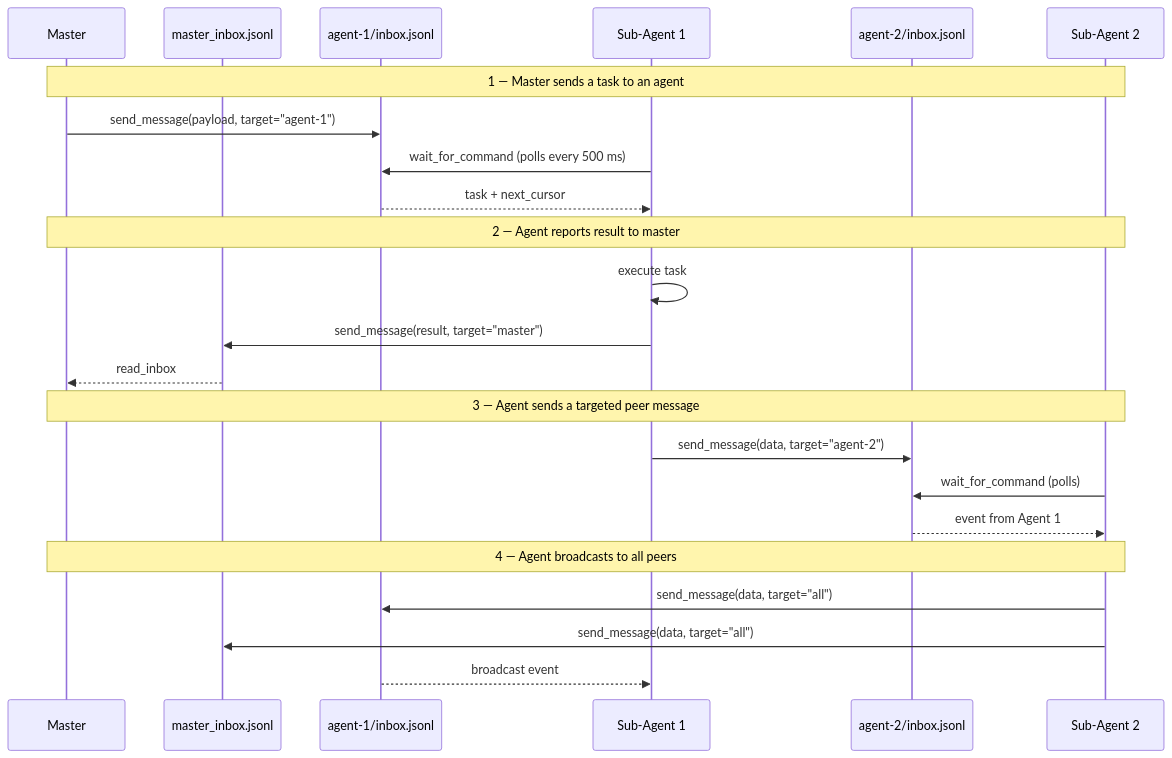
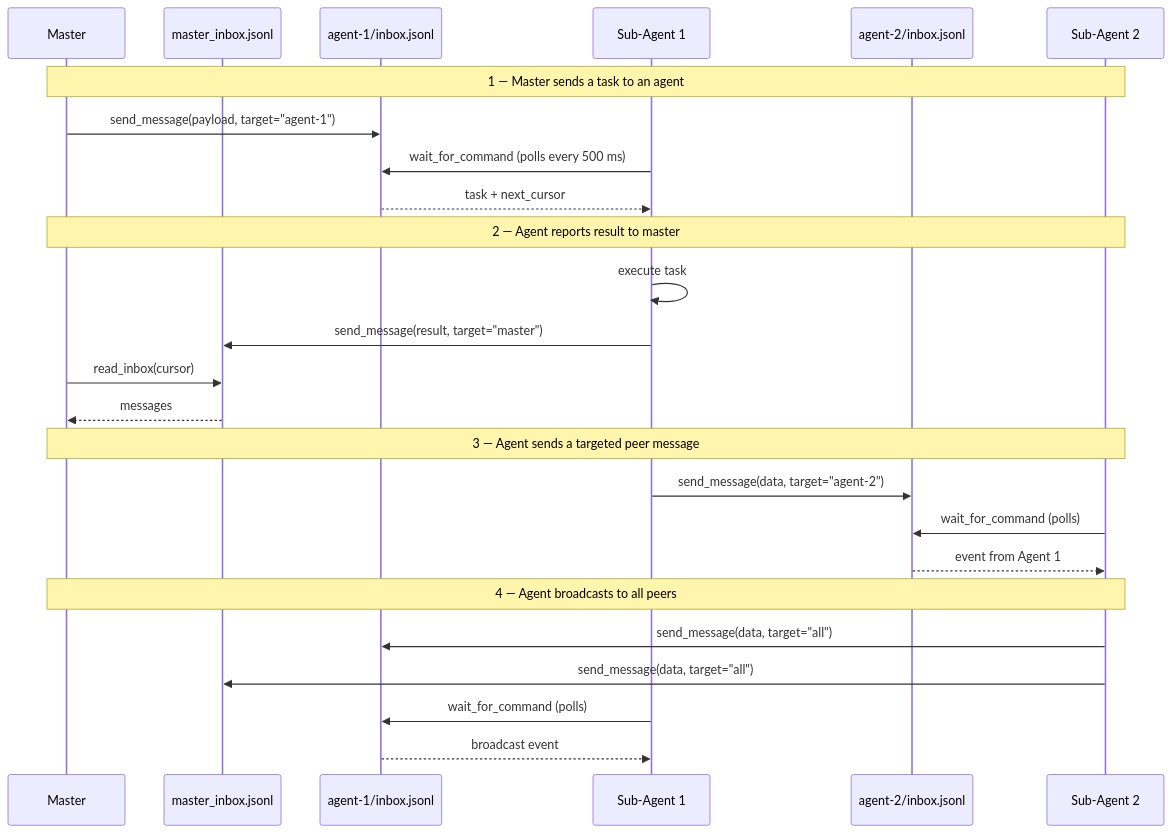
Before and after one commit to kkweon/agent-orchestrator-mcp: the third of 3 diagrams in README.md, drawn with Mermaid. The commit also changed other lines of this file, not shown here.

Commit message:
docs: fix Mermaid diagrams to show actors polling passive mailboxes

````diff
--- a/README.md
+++ b/README.md
@@ -87,29 +87,31 @@
 ```mermaid
 sequenceDiagram
     participant Master
     participant MI as master_inbox.jsonl
     participant Inbox1 as agent-1/inbox.jsonl
     participant Agent1 as Sub-Agent 1
     participant Inbox2 as agent-2/inbox.jsonl
     participant Agent2 as Sub-Agent 2
 
     Note over Master,Agent2: 1 — Master sends a task to an agent
     Master->>Inbox1: send_message(payload, target="agent-1")
     Agent1->>Inbox1: wait_for_command (polls every 500 ms)
     Inbox1-->>Agent1: task + next_cursor
 
     Note over Master,Agent2: 2 — Agent reports result to master
     Agent1->>Agent1: execute task
     Agent1->>MI: send_message(result, target="master")
-    MI-->>Master: read_inbox
+    Master->>MI: read_inbox(cursor)
+    MI-->>Master: messages
 
     Note over Master,Agent2: 3 — Agent sends a targeted peer message
     Agent1->>Inbox2: send_message(data, target="agent-2")
     Agent2->>Inbox2: wait_for_command (polls)
     Inbox2-->>Agent2: event from Agent 1
 
     Note over Master,Agent2: 4 — Agent broadcasts to all peers
     Agent2->>Inbox1: send_message(data, target="all")
     Agent2->>MI: send_message(data, target="all")
+    Agent1->>Inbox1: wait_for_command (polls)
     Inbox1-->>Agent1: broadcast event
 ```
````
